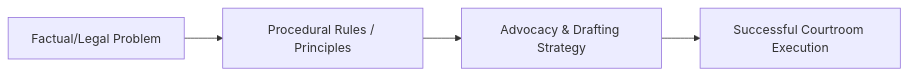
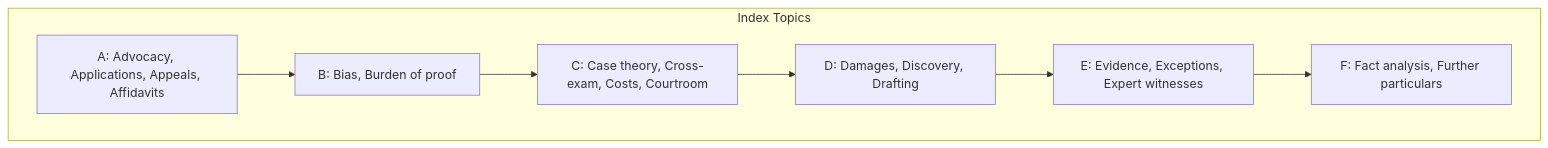
Before and after one commit to AVW7/Litigation-Skills-for-South-African-Lawyers: the diagram in vault/Lectures/L28 - Index.md, drawn with Mermaid. The commit also changed other lines of this file and 62 other files, not shown here.

Commit message:
feat: enhance lecture notes with visual diagrams, mindmaps, and interactive study tools to improve knowledge retention and navigation.

````diff
--- a/vault/Lectures/L28 - Index.md
+++ b/vault/Lectures/L28 - Index.md
@@ -17,6 +37,14 @@
 ```mermaid
 graph LR
-    A["Factual/Legal Problem"] --> B["Procedural Rules / Principles"]
-    B --> C["Advocacy & Drafting Strategy"]
-    C --> D["Successful Courtroom Execution"]
+    subgraph topics["Index Topics"]
+        direction LR
+        A-->B-->C-->D-->E-->F
+    end
+    
+    A["A: Advocacy, Applications, Appeals, Affidavits"]
+    B["B: Bias, Burden of proof"]
+    C["C: Case theory, Cross-exam, Costs, Courtroom"]
+    D["D: Damages, Discovery, Drafting"]
+    E["E: Evidence, Exceptions, Expert witnesses"]
+    F["F: Fact analysis, Further particulars"]
 ```
````
